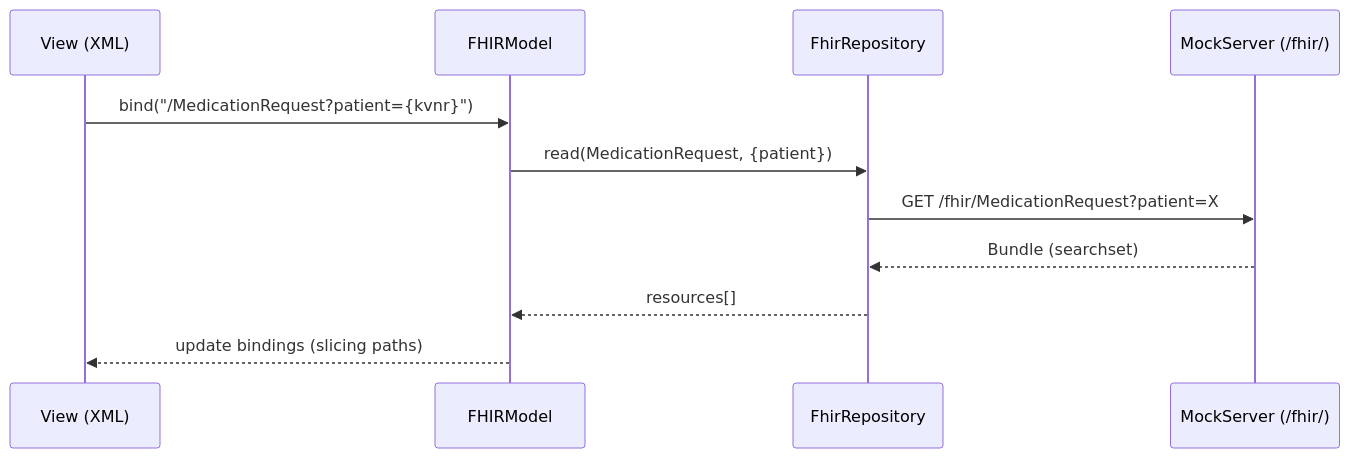
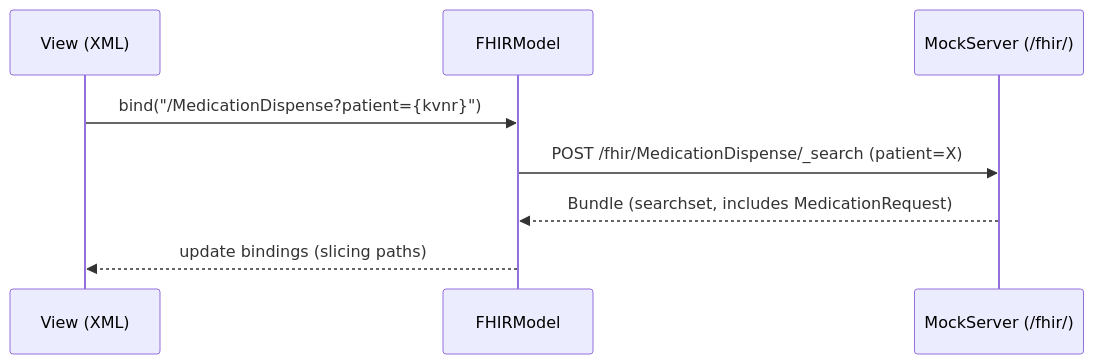
Before and after one commit to med-united/dgmp-openui5-prototype: the first of 2 diagrams in openspec/changes/fhir-data-layer/design.md, drawn with Mermaid. The commit also changed other lines of this file and 23 other files, not shown here.

````diff
--- a/openspec/changes/fhir-data-layer/design.md
+++ b/openspec/changes/fhir-data-layer/design.md
@@ -15,14 +15,11 @@
 ```mermaid
 sequenceDiagram
     participant View (XML)
     participant FHIRModel
-    participant FhirRepository
     participant MockServer (/fhir/)
 
-    View (XML)->>FHIRModel: bind("/MedicationRequest?patient={kvnr}")
-    FHIRModel->>FhirRepository: read(MedicationRequest, {patient})
-    FhirRepository->>MockServer (/fhir/): GET /fhir/MedicationRequest?patient=X
-    MockServer (/fhir/)-->>FhirRepository: Bundle (searchset)
-    FhirRepository-->>FHIRModel: resources[]
+    View (XML)->>FHIRModel: bind("/MedicationDispense?patient={kvnr}")
+    FHIRModel->>MockServer (/fhir/): POST /fhir/MedicationDispense/_search (patient=X)
+    MockServer (/fhir/)-->>FHIRModel: Bundle (searchset, includes MedicationRequest)
     FHIRModel-->>View (XML): update bindings (slicing paths)
 ```
````
